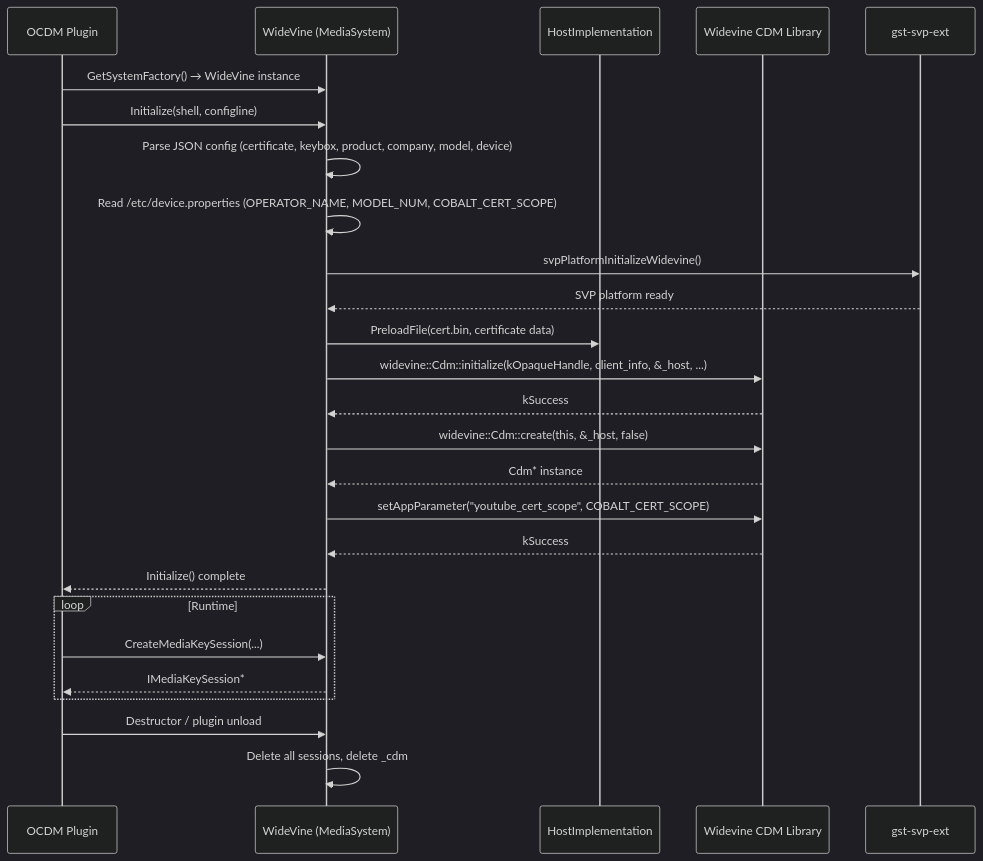
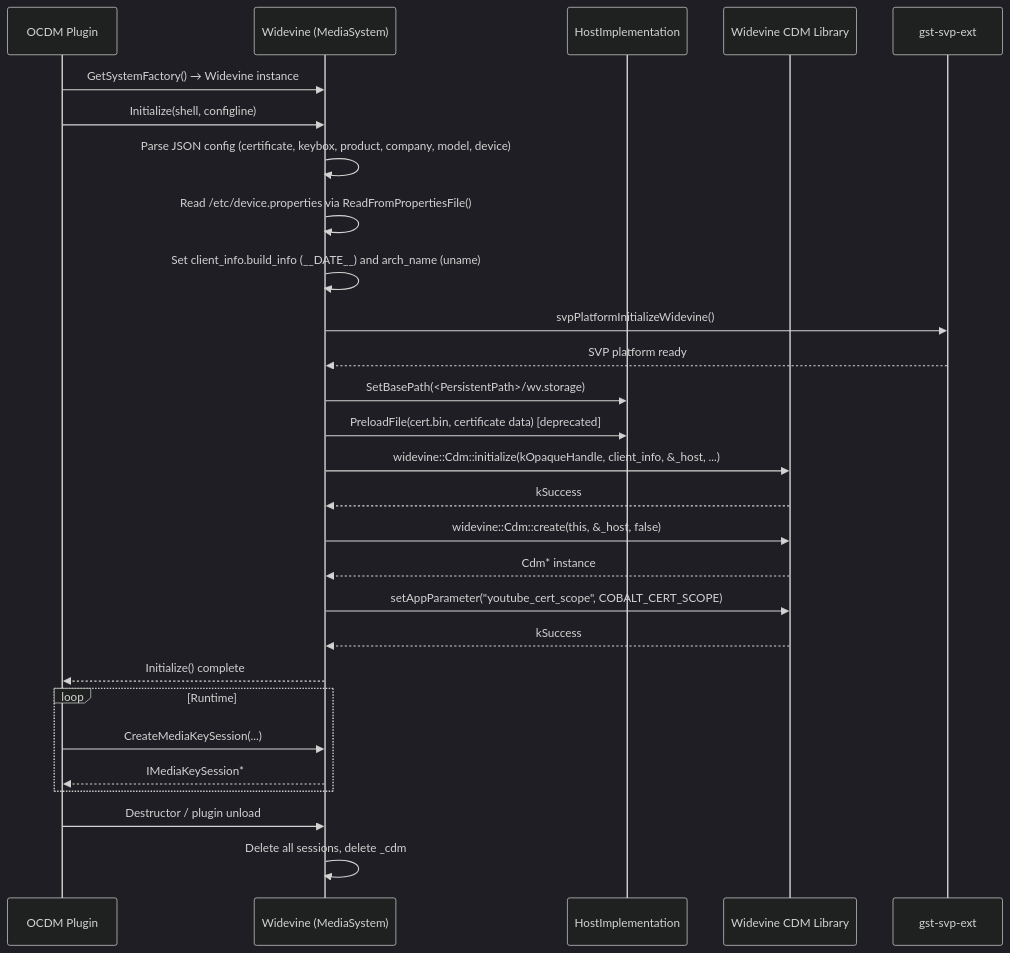
Before and after one commit to rns21/RDK_Documentation: the third of 7 diagrams in docs/docu/RDKV-Documentations/widevine-rdk.md, drawn with Mermaid (dark theme). The commit also changed other lines of this file, not shown here.

Commit message:
Revise widevine documentation

````diff
--- a/docs/docu/RDKV-Documentations/widevine-rdk.md
+++ b/docs/docu/RDKV-Documentations/widevine-rdk.md
@@ -144,36 +144,38 @@
 ```mermaid
 sequenceDiagram
     participant OCDMPlugin as OCDM Plugin
-    participant WV as WideVine (MediaSystem)
+    participant WV as Widevine (MediaSystem)
     participant HI as HostImplementation
     participant CDM as Widevine CDM Library
     participant SVP as gst-svp-ext
 
-    OCDMPlugin->>WV: GetSystemFactory() → WideVine instance
+    OCDMPlugin->>WV: GetSystemFactory() → Widevine instance
     OCDMPlugin->>WV: Initialize(shell, configline)
 
     WV->>WV: Parse JSON config (certificate, keybox, product, company, model, device)
-    WV->>WV: Read /etc/device.properties (OPERATOR_NAME, MODEL_NUM, COBALT_CERT_SCOPE)
+    WV->>WV: Read /etc/device.properties via ReadFromPropertiesFile()
+    WV->>WV: Set client_info.build_info (__DATE__) and arch_name (uname)
     WV->>SVP: svpPlatformInitializeWidevine()
     SVP-->>WV: SVP platform ready
 
-    WV->>HI: PreloadFile(cert.bin, certificate data)
+    WV->>HI: SetBasePath(<PersistentPath>/wv.storage)
+    WV->>HI: PreloadFile(cert.bin, certificate data) [deprecated]
     WV->>CDM: widevine::Cdm::initialize(kOpaqueHandle, client_info, &_host, ...)
     CDM-->>WV: kSuccess
 
     WV->>CDM: widevine::Cdm::create(this, &_host, false)
     CDM-->>WV: Cdm* instance
 
     WV->>CDM: setAppParameter("youtube_cert_scope", COBALT_CERT_SCOPE)
     CDM-->>WV: kSuccess
 
     WV-->>OCDMPlugin: Initialize() complete
 
     loop Runtime
         OCDMPlugin->>WV: CreateMediaKeySession(...)
         WV-->>OCDMPlugin: IMediaKeySession*
     end
 
     OCDMPlugin->>WV: Destructor / plugin unload
     WV->>WV: Delete all sessions, delete _cdm
 ```
````
